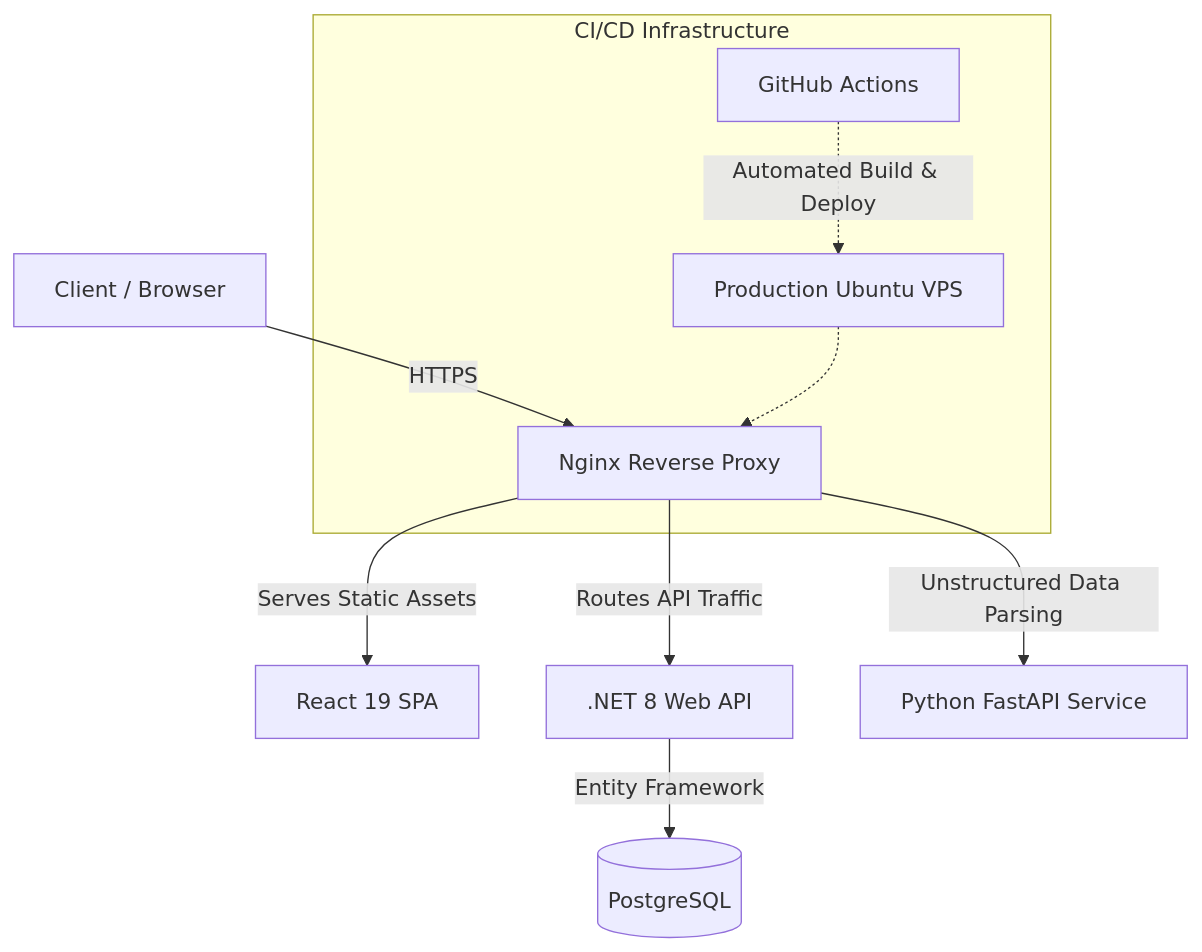
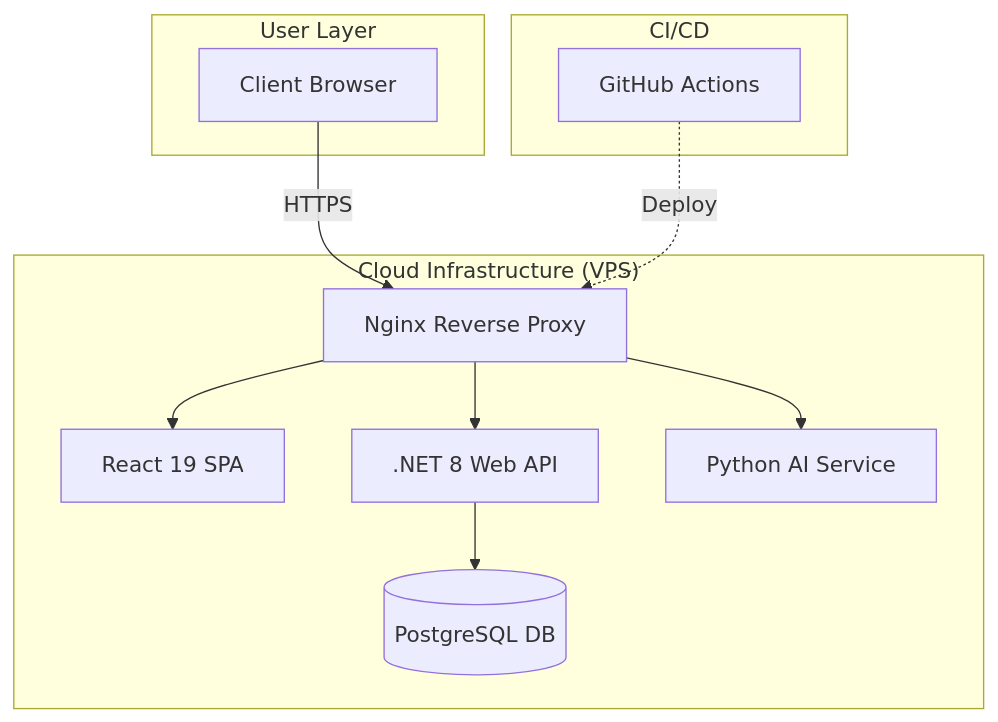
Before and after one commit to OdysseasKalaitsidis/MyIonio_MonoRepo: the diagram in README.md, drawn with Mermaid. The commit also changed 6 other files, not shown here.

````diff
--- a/README.md
+++ b/README.md
@@ -31,13 +31,26 @@
 ```mermaid
 graph TD
-    Client[Client / Browser] -->|HTTPS| Nginx[Nginx Reverse Proxy]
-    Nginx -->|Serves Static Assets| Frontend[React 19 SPA]
-    Nginx -->|Routes API Traffic| Backend[.NET 8 Web API]
-    Backend -->|Entity Framework| DB[(PostgreSQL)]
-    Nginx -->|Unstructured Data Parsing| AI[Python FastAPI Service]
-    
-    subgraph CI/CD Infrastructure
-        GitHub[GitHub Actions] -.->|Automated Build & Deploy| VPS[Production Ubuntu VPS]
-        VPS -.-> Nginx
+    subgraph "User Layer"
+        User[Client Browser]
     end
+
+    subgraph "Cloud Infrastructure (VPS)"
+        Nginx[Nginx Reverse Proxy]
+        Frontend[React 19 SPA]
+        Backend[.NET 8 Web API]
+        AI[Python AI Service]
+        DB[(PostgreSQL DB)]
+    end
+
+    User -->|HTTPS| Nginx
+    Nginx --> Frontend
+    Nginx --> Backend
+    Nginx --> AI
+    Backend --> DB
+
+    subgraph "CI/CD"
+        GHA[GitHub Actions]
+    end
+
+    GHA -.->|Deploy| Nginx
 ```
````
